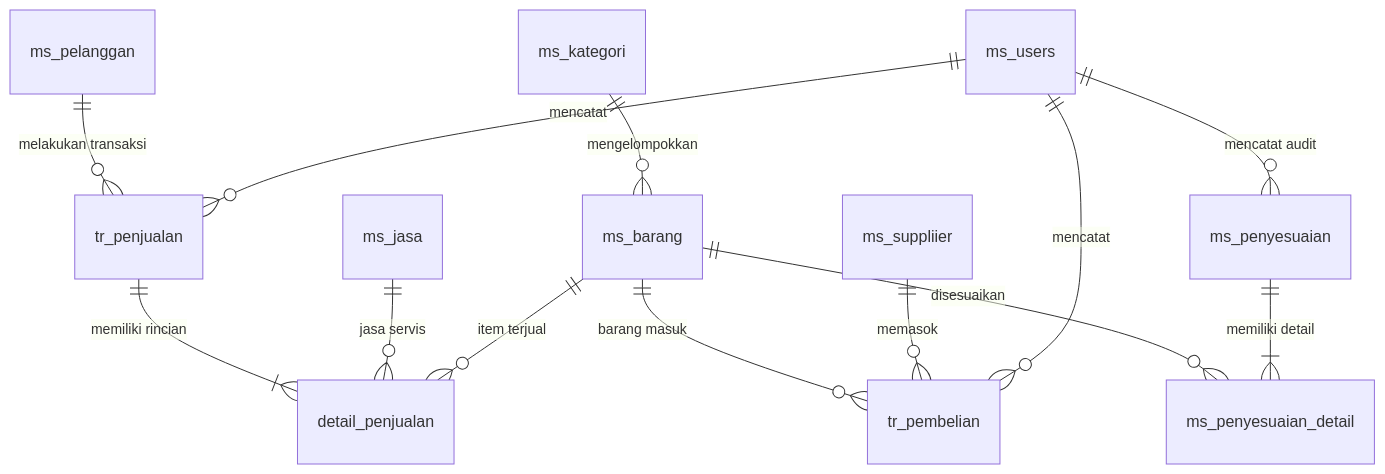
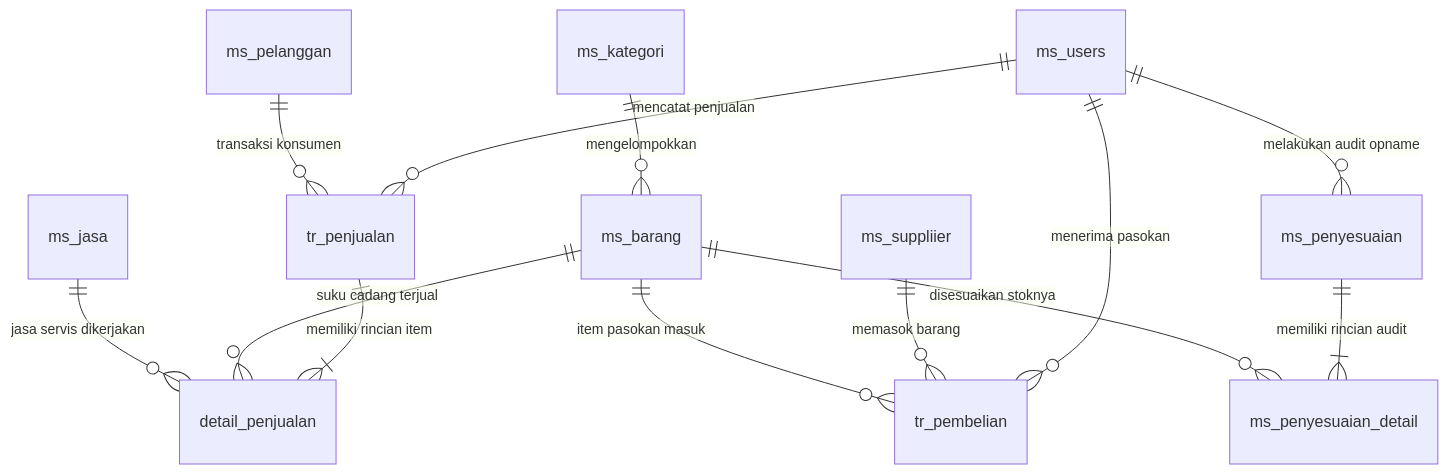
The first of 5 diagrams in alur.md (Tezz22/Aplikasi-POS-Bengkel-Pradan-Motor), drawn with Mermaid before and after one commit. The commit also changed other lines of this file and 13 other files, not shown here.

````diff
--- a/alur.md
+++ b/alur.md
@@ -28,18 +39,18 @@
 ```mermaid
 erDiagram
-    ms_users ||--o{ tr_penjualan : "mencatat"
-    ms_users ||--o{ tr_pembelian : "mencatat"
-    ms_users ||--o{ ms_penyesuaian : "mencatat audit"
+    ms_users ||--o{ tr_penjualan : "mencatat penjualan"
+    ms_users ||--o{ tr_pembelian : "menerima pasokan"
+    ms_users ||--o{ ms_penyesuaian : "melakukan audit opname"
 
     ms_kategori ||--o{ ms_barang : "mengelompokkan"
-    ms_suppliier ||--o{ tr_pembelian : "memasok"
-    ms_pelanggan ||--o{ tr_penjualan : "melakukan transaksi"
+    ms_suppliier ||--o{ tr_pembelian : "memasok barang"
+    ms_pelanggan ||--o{ tr_penjualan : "transaksi konsumen"
 
-    ms_barang ||--o{ detail_penjualan : "item terjual"
-    ms_jasa ||--o{ detail_penjualan : "jasa servis"
-    tr_penjualan ||--|{ detail_penjualan : "memiliki rincian"
+    tr_penjualan ||--|{ detail_penjualan : "memiliki rincian item"
+    ms_barang ||--o{ detail_penjualan : "suku cadang terjual"
+    ms_jasa ||--o{ detail_penjualan : "jasa servis dikerjakan"
 
-    ms_barang ||--o{ tr_pembelian : "barang masuk"
-    ms_penyesuaian ||--|{ ms_penyesuaian_detail : "memiliki detail"
-    ms_barang ||--o{ ms_penyesuaian_detail : "disesuaikan"
+    ms_barang ||--o{ tr_pembelian : "item pasokan masuk"
+    ms_penyesuaian ||--|{ ms_penyesuaian_detail : "memiliki rincian audit"
+    ms_barang ||--o{ ms_penyesuaian_detail : "disesuaikan stoknya"
 ```
````
